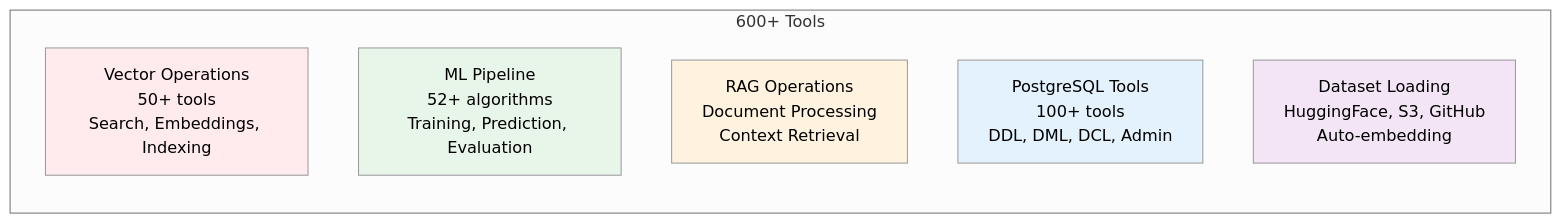
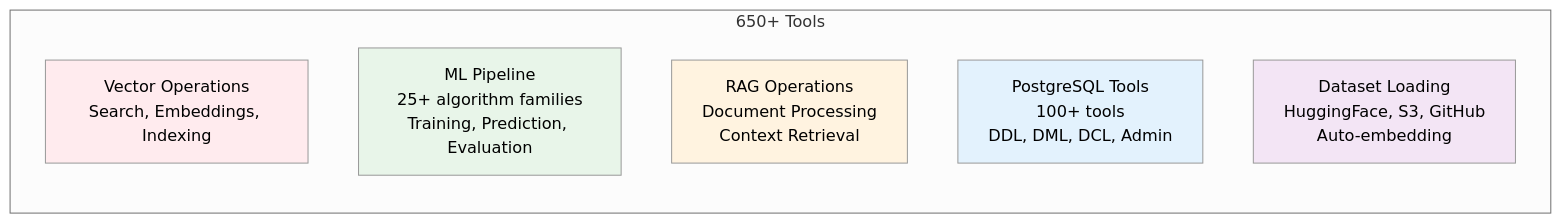
The third of 3 diagrams in README.md (neurondb/neuron-mcp), drawn with Mermaid (neutral theme) before and after one commit. The commit also changed other lines of this file and 8 other files, not shown here.

````diff
--- a/README.md
+++ b/README.md
@@ -275,16 +225,16 @@
 ```mermaid
 graph LR
-    subgraph TOOLS["600+ Tools"]
-        VEC_TOOLS[Vector Operations<br/>50+ tools<br/>Search, Embeddings, Indexing]
-        ML_TOOLS[ML Pipeline<br/>52+ algorithms<br/>Training, Prediction, Evaluation]
+    subgraph TOOLS["650+ Tools"]
+        VEC_TOOLS[Vector Operations<br/>Search, Embeddings, Indexing]
+        ML_TOOLS[ML Pipeline<br/>25+ algorithm families<br/>Training, Prediction, Evaluation]
         RAG_TOOLS[RAG Operations<br/>Document Processing<br/>Context Retrieval]
         PG_TOOLS[PostgreSQL Tools<br/>100+ tools<br/>DDL, DML, DCL, Admin]
         DATASET_TOOLS[Dataset Loading<br/>HuggingFace, S3, GitHub<br/>Auto-embedding]
     end
     
     style VEC_TOOLS fill:#ffebee
     style ML_TOOLS fill:#e8f5e9
     style RAG_TOOLS fill:#fff3e0
     style PG_TOOLS fill:#e3f2fd
     style DATASET_TOOLS fill:#f3e5f5
 ```
````
